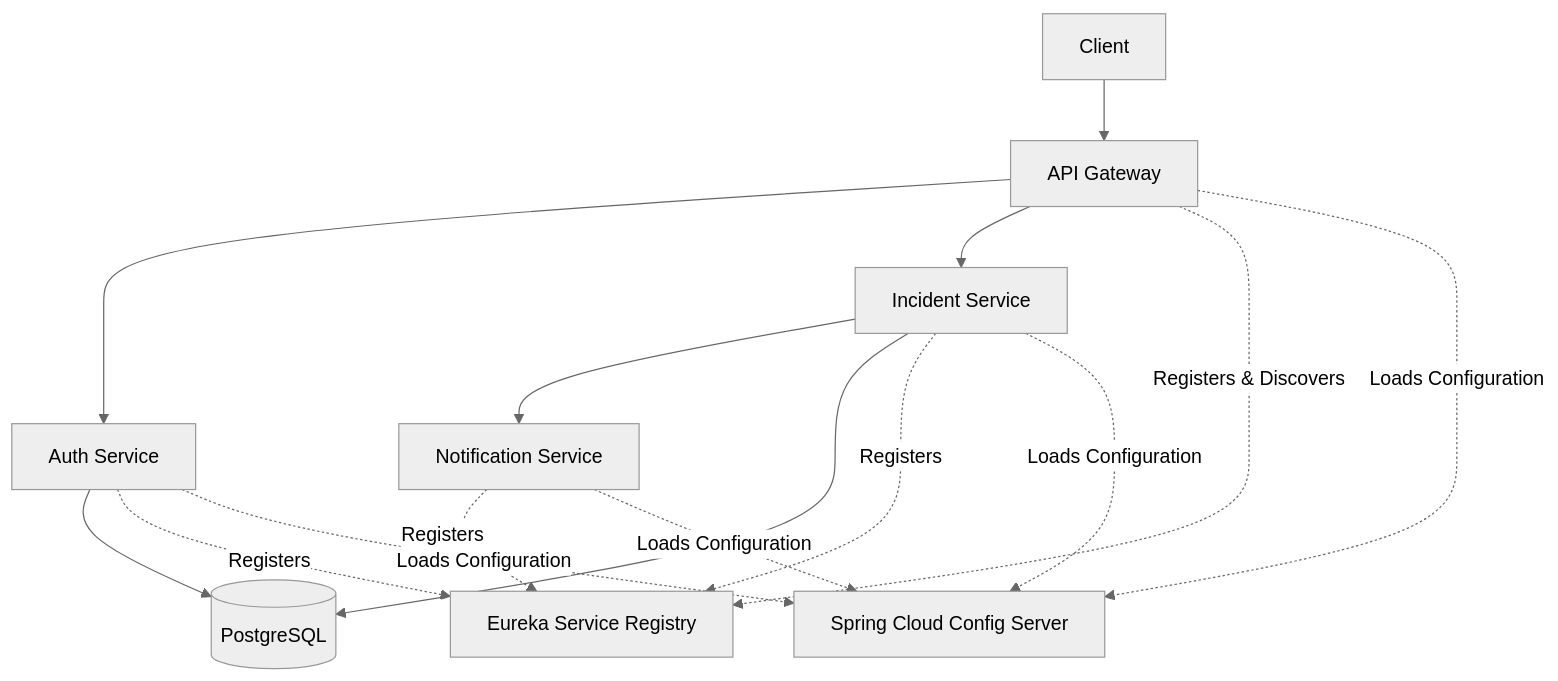
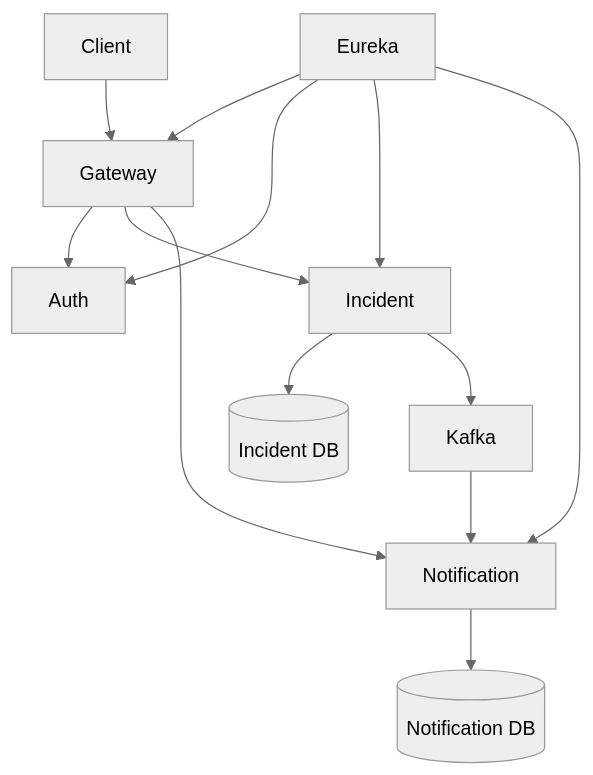
The first of 2 diagrams in README.md (iRahmanG/Incident-Management-Platform), drawn with Mermaid (neutral theme) before and after one commit. The commit also changed other lines of this file, not shown here.

````diff
--- a/README.md
+++ b/README.md
@@ -23,36 +65,24 @@
 ```mermaid
-flowchart TB
+flowchart TD
 
-    Client[Client]
-
-    Gateway[API Gateway]
-
-    Auth[Auth Service]
-    Incident[Incident Service]
-    Notification[Notification Service]
-
-    Eureka[Eureka Service Registry]
-    Config[Spring Cloud Config Server]
-
-    DB[(PostgreSQL)]
+    Client
 
     Client --> Gateway
 
     Gateway --> Auth
     Gateway --> Incident
+    Gateway --> Notification
 
-    Incident --> Notification
+    Incident --> PostgreSQL1[(Incident DB)]
 
-    Auth --> DB
-    Incident --> DB
+    Notification --> PostgreSQL2[(Notification DB)]
 
-    Gateway -. Registers & Discovers .-> Eureka
-    Auth -. Registers .-> Eureka
-    Incident -. Registers .-> Eureka
-    Notification -. Registers .-> Eureka
+    Incident --> Kafka
 
-    Gateway -. Loads Configuration .-> Config
-    Auth -. Loads Configuration .-> Config
-    Incident -. Loads Configuration .-> Config
-    Notification -. Loads Configuration .-> Config
+    Kafka --> Notification
+
+    Eureka --> Gateway
+    Eureka --> Auth
+    Eureka --> Incident
+    Eureka --> Notification
 ```
````
